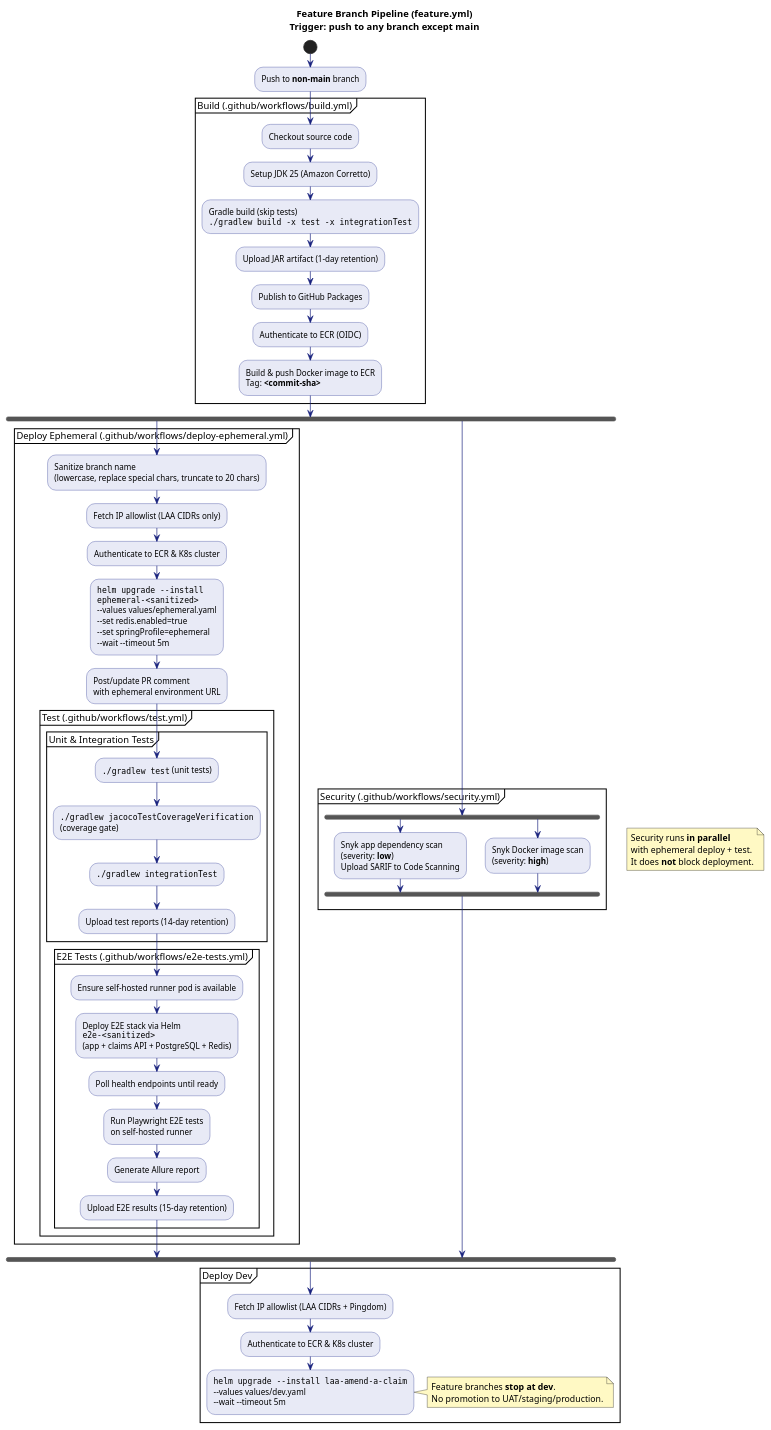
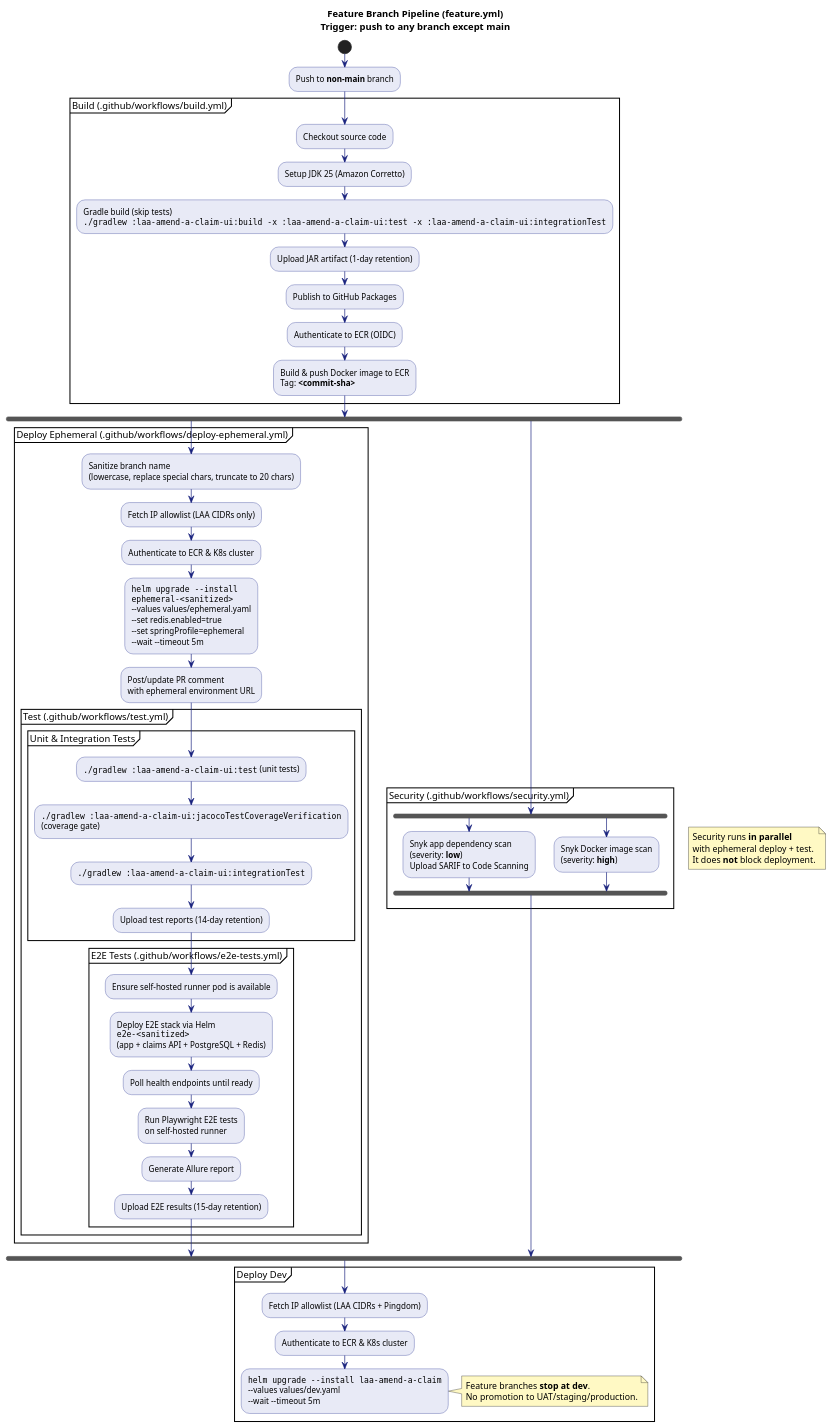
Before and after one commit to ministryofjustice/laa-amend-a-claim: the diagram in documents/pipelines/feature_branch.puml, drawn with PlantUML. The commit also changed 552 other files, not shown here.

```diff
--- a/documents/pipelines/feature_branch.puml
+++ b/documents/pipelines/feature_branch.puml
@@ -1,74 +1,74 @@
 @startuml Feature Branch Pipeline
   title Feature Branch Pipeline (feature.yml)\nTrigger: push to any branch except main
 
   skinparam ActivityBackgroundColor #E8EAF6
   skinparam ActivityBorderColor #283593
   skinparam ArrowColor #1A237E
   skinparam NoteBackgroundColor #FFF9C4
 
   start
 
   :Push to **non-main** branch;
 
   partition "Build (.github/workflows/build.yml)" {
     :Checkout source code;
     :Setup JDK 25 (Amazon Corretto);
-    :Gradle build (skip tests)\n""./gradlew build -x test -x integrationTest"";
+    :Gradle build (skip tests)\n""./gradlew :laa-amend-a-claim-ui:build -x :laa-amend-a-claim-ui:test -x :laa-amend-a-claim-ui:integrationTest"";
     :Upload JAR artifact (1-day retention);
     :Publish to GitHub Packages;
     :Authenticate to ECR (OIDC);
     :Build & push Docker image to ECR\nTag: **<commit-sha>**;
   }
 
   fork
     partition "Deploy Ephemeral (.github/workflows/deploy-ephemeral.yml)" {
       :Sanitize branch name\n(lowercase, replace special chars, truncate to 20 chars);
       :Fetch IP allowlist (LAA CIDRs only);
       :Authenticate to ECR & K8s cluster;
       :""helm upgrade --install""\n""ephemeral-<sanitized>""\n--values values/ephemeral.yaml\n--set redis.enabled=true\n--set springProfile=ephemeral\n~--wait --timeout 5m;
       :Post/update PR comment\nwith ephemeral environment URL;
 
       partition "Test (.github/workflows/test.yml)" {
         partition "Unit & Integration Tests" {
-          :""./gradlew test"" (unit tests);
-          :""./gradlew jacocoTestCoverageVerification""\n(coverage gate);
-          :""./gradlew integrationTest"";
+          :""./gradlew :laa-amend-a-claim-ui:test"" (unit tests);
+          :""./gradlew :laa-amend-a-claim-ui:jacocoTestCoverageVerification""\n(coverage gate);
+          :""./gradlew :laa-amend-a-claim-ui:integrationTest"";
           :Upload test reports (14-day retention);
         }
         partition "E2E Tests (.github/workflows/e2e-tests.yml)" {
           :Ensure self-hosted runner pod is available;
           :Deploy E2E stack via Helm\n""e2e-<sanitized>""\n(app + claims API + PostgreSQL + Redis);
           :Poll health endpoints until ready;
           :Run Playwright E2E tests\non self-hosted runner;
           :Generate Allure report;
           :Upload E2E results (15-day retention);
         }
       }
     }
   fork again
     partition "Security (.github/workflows/security.yml)" {
       fork
         :Snyk app dependency scan\n(severity: **low**)\nUpload SARIF to Code Scanning;
       fork again
         :Snyk Docker image scan\n(severity: **high**);
       end fork
     }
   end fork
 
   note right
     Security runs **in parallel**
     with ephemeral deploy + test.
     It does **not** block deployment.
   end note
 
   partition "Deploy Dev" {
     :Fetch IP allowlist (LAA CIDRs + Pingdom);
     :Authenticate to ECR & K8s cluster;
     :""helm upgrade --install laa-amend-a-claim""\n--values values/dev.yaml\n~--wait --timeout 5m;
   }
 
   note right
     Feature branches **stop at dev**.
     No promotion to UAT/staging/production.
   end note
  @enduml
```
